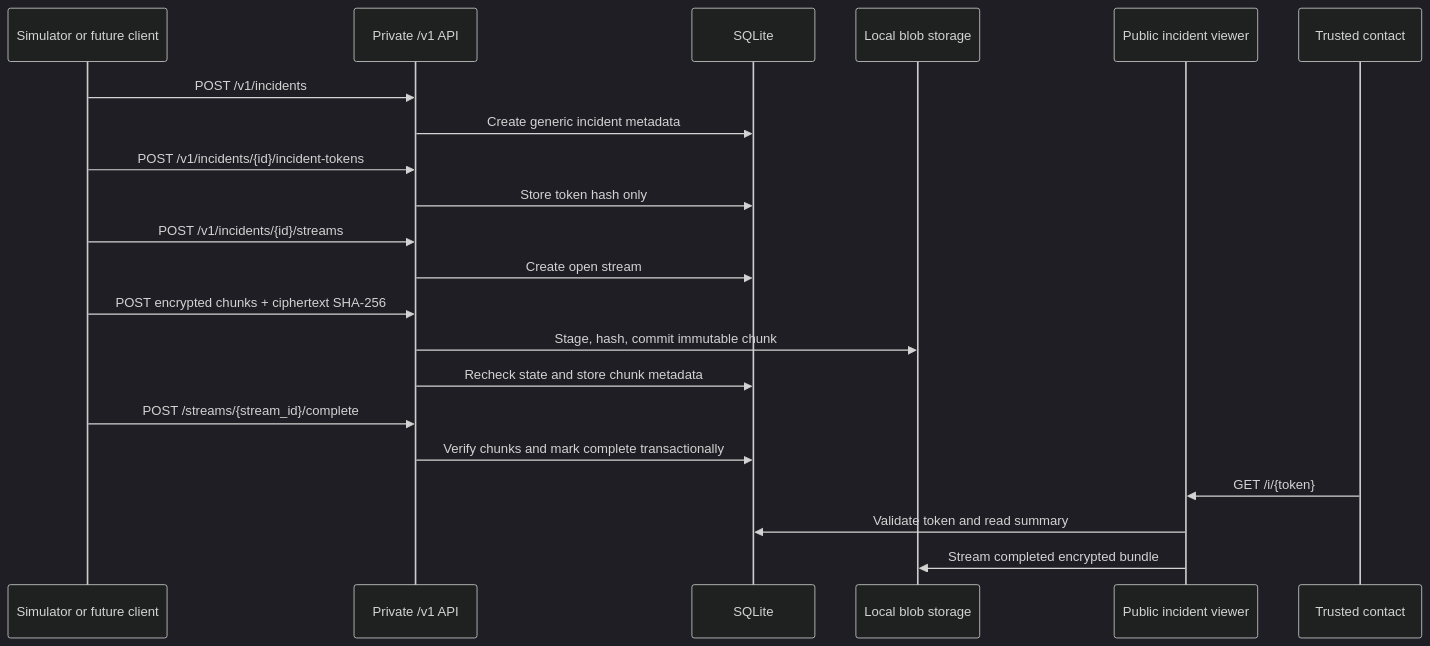
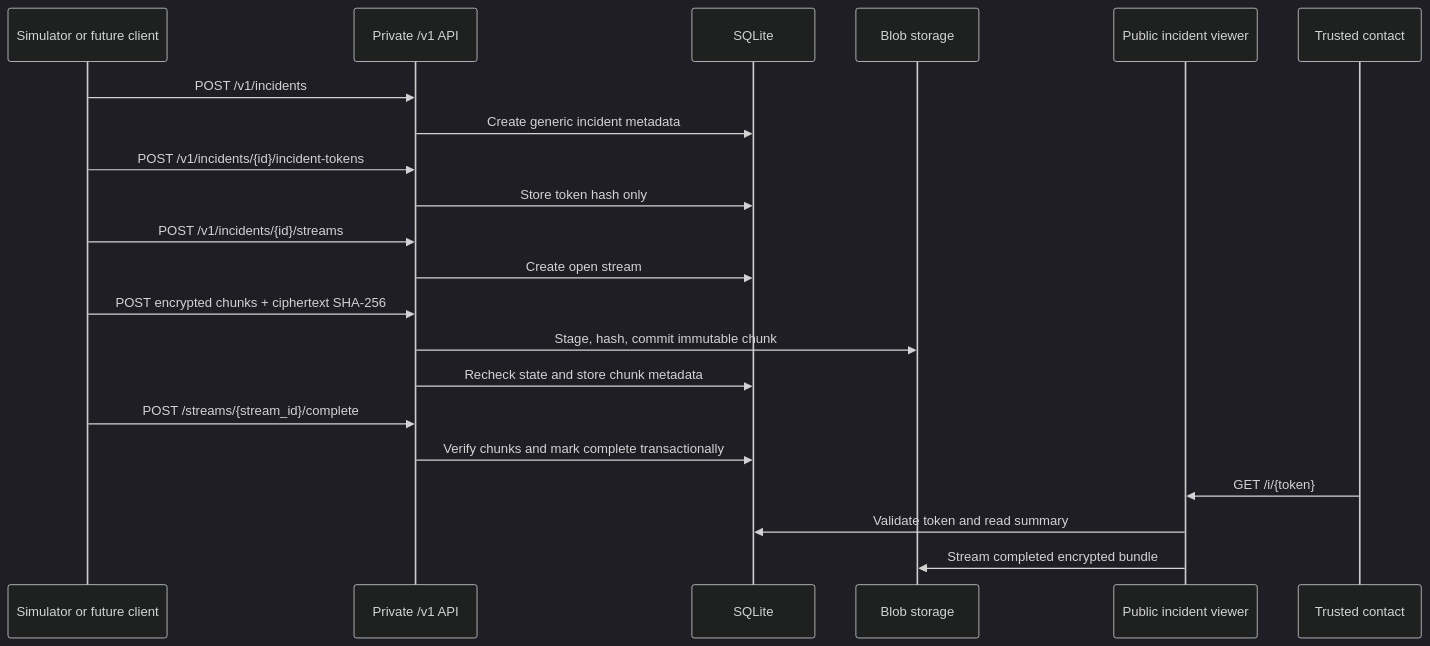
One commit to open-proofline/server changed the third of 4 diagrams in docs/architecture.md. Above: the diagram before and after it, drawn with Mermaid (dark theme). The commit also changed other lines of this file and 35 other files, not shown here.

Commit message:
Add S3-compatible blob storage backend

````diff
--- a/docs/architecture.md
+++ b/docs/architecture.md
@@ -89,24 +89,24 @@
 ```mermaid
 sequenceDiagram
     participant Client as Simulator or future client
     participant Private as Private /v1 API
     participant DB as SQLite
-    participant Blob as Local blob storage
+    participant Blob as Blob storage
     participant Public as Public incident viewer
     participant Contact as Trusted contact
 
     Client->>Private: POST /v1/incidents
     Private->>DB: Create generic incident metadata
     Client->>Private: POST /v1/incidents/{id}/incident-tokens
     Private->>DB: Store token hash only
     Client->>Private: POST /v1/incidents/{id}/streams
     Private->>DB: Create open stream
     Client->>Private: POST encrypted chunks + ciphertext SHA-256
     Private->>Blob: Stage, hash, commit immutable chunk
     Private->>DB: Recheck state and store chunk metadata
     Client->>Private: POST /streams/{stream_id}/complete
     Private->>DB: Verify chunks and mark complete transactionally
     Contact->>Public: GET /i/{token}
     Public->>DB: Validate token and read summary
     Public->>Blob: Stream completed encrypted bundle
 ```
````
